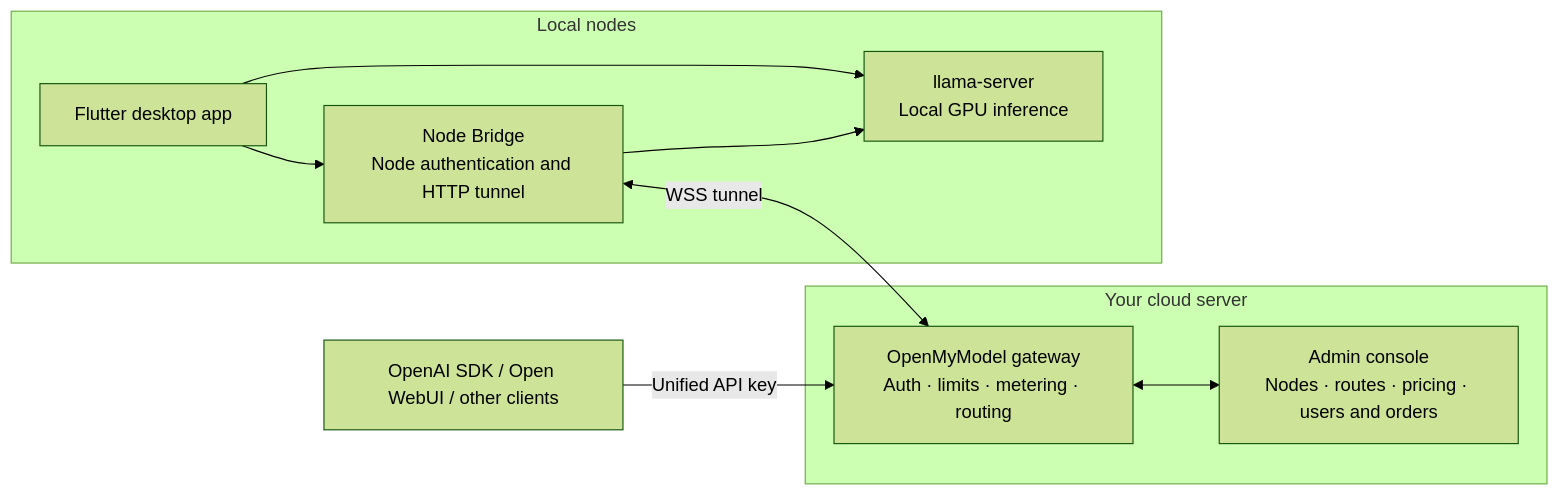
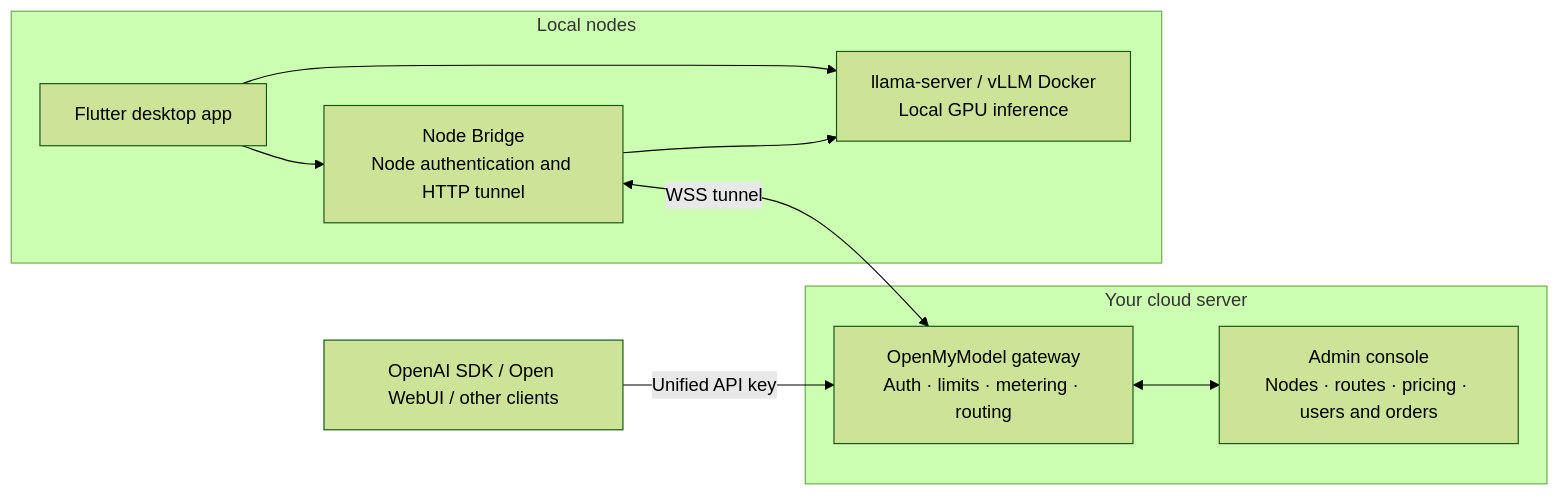
The diagram in README_EN.md (tianxingstarsky/OpenMyModel), drawn with Mermaid (forest theme) before and after one commit. The commit also changed other lines of this file and 25 other files, not shown here.

Commit message:
feat: add Linux vLLM desktop manager packages

````diff
--- a/README_EN.md
+++ b/README_EN.md
@@ -110,15 +137,15 @@
 ```mermaid
 flowchart LR
     subgraph Local["Local nodes"]
-        UI["Flutter desktop app"] --> Engine["llama-server<br/>Local GPU inference"]
+        UI["Flutter desktop app"] --> Engine["llama-server / vLLM Docker<br/>Local GPU inference"]
         UI --> Bridge["Node Bridge<br/>Node authentication and HTTP tunnel"]
         Bridge --> Engine
     end
     subgraph Cloud["Your cloud server"]
         Gateway["OpenMyModel gateway<br/>Auth · limits · metering · routing"]
         Admin["Admin console<br/>Nodes · routes · pricing · users and orders"]
         Gateway <--> Admin
     end
     Clients["OpenAI SDK / Open WebUI / other clients"] -->|"Unified API key"| Gateway
     Bridge <-->|"WSS tunnel"| Gateway
 ```
````
